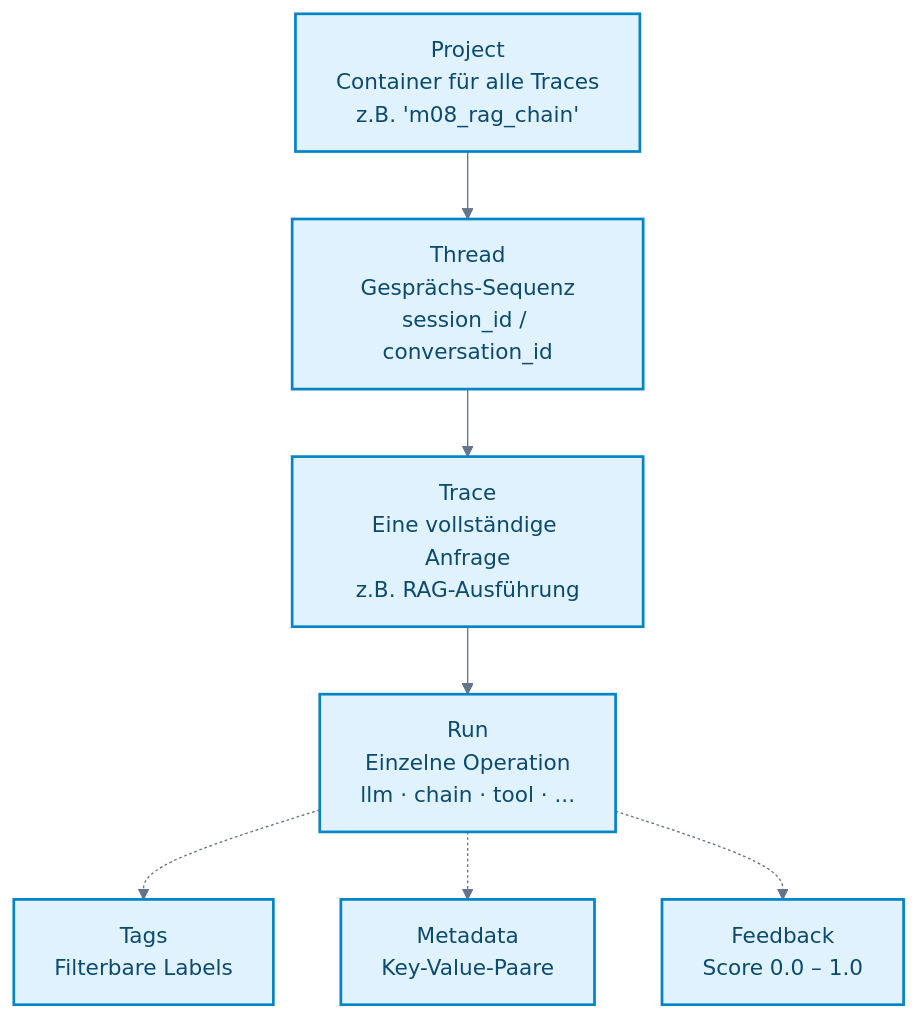
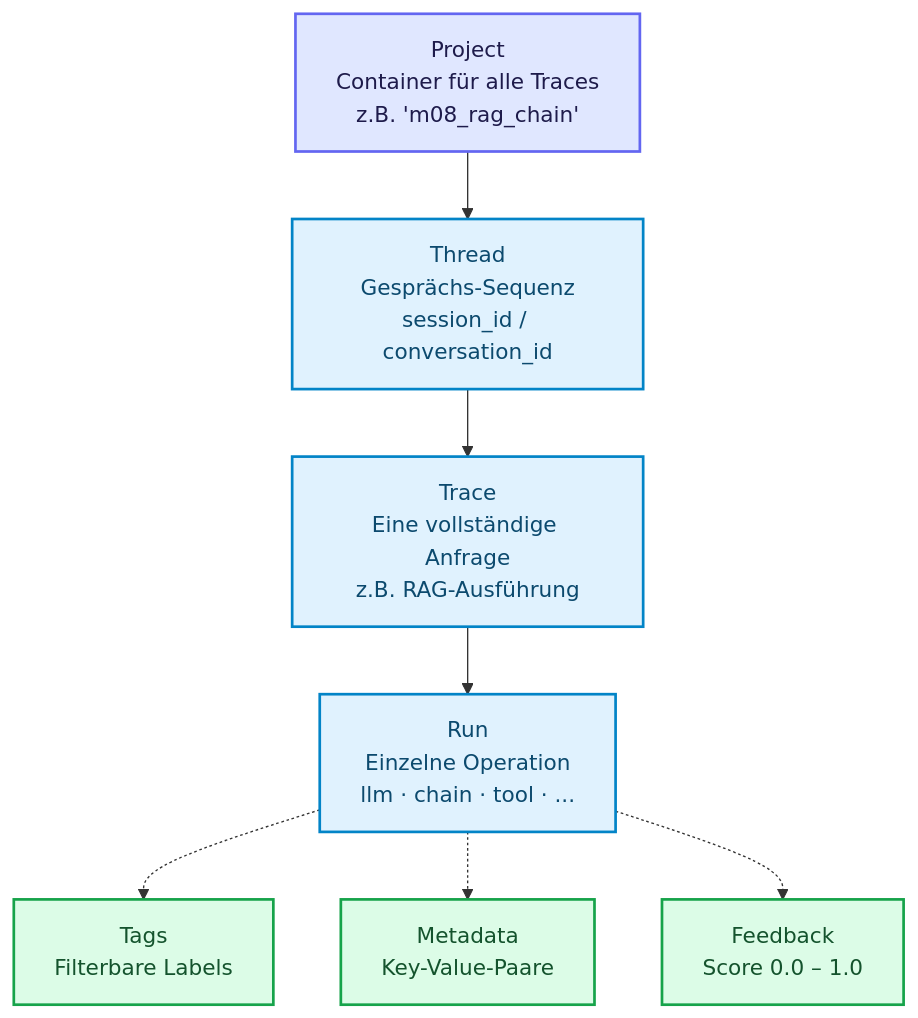
Before and after one commit to ralf-42/GenAI: the second of 5 diagrams in docs/06-frameworks/einsteiger-langsmith.md, drawn with Mermaid. The commit also changed other lines of this file and 50 other files, not shown here.

````diff
--- a/docs/06-frameworks/einsteiger-langsmith.md
+++ b/docs/06-frameworks/einsteiger-langsmith.md
@@ -176,37 +159,26 @@
 ```mermaid
----
-config:
-  theme: base
-  look: classic
-  themeVariables:
-    primaryColor: '#e0f2fe'
-    primaryBorderColor: '#0284c7'
-    primaryTextColor: '#1e293b'
-    lineColor: '#64748b'
-    clusterBkg: '#f8fafc'
-    clusterBorder: '#cbd5e1'
-    noteBkgColor: '#fef3c7'
-    noteBorderColor: '#d97706'
-    noteTextColor: '#78350f'
-    edgeLabelBackground: '#ffffff'
----
-
 flowchart TB
     PROJECT["Project<br>Container für alle Traces<br>z.B. 'm08_rag_chain'"]
     THREAD["Thread<br>Gesprächs-Sequenz<br>session_id / conversation_id"]
     TRACE["Trace<br>Eine vollständige Anfrage<br>z.B. RAG-Ausführung"]
     RUN["Run<br>Einzelne Operation<br>llm · chain · tool · ..."]
     TAGS["Tags<br>Filterbare Labels"]
     META["Metadata<br>Key-Value-Paare"]
     FEEDBACK["Feedback<br>Score 0.0 – 1.0"]
 
     PROJECT --> THREAD
     THREAD --> TRACE
     TRACE --> RUN
     RUN -.-> TAGS
     RUN -.-> META
     RUN -.-> FEEDBACK
 
 %% Funktionsfarben nach Mermaid_Best_Practices.md
-classDef default fill:#e0f2fe,stroke:#0284c7,stroke-width:2px,color:#0c4a6e;
+
+    classDef default fill:#e0f2fe,stroke:#0284c7,stroke-width:2px,color:#0c4a6e;
+    classDef input fill:#e0e7ff,stroke:#6366f1,stroke-width:2px,color:#1e1b4b;
+    classDef output fill:#dcfce7,stroke:#16a34a,stroke-width:2px,color:#14532d;
+
+    class PROJECT input;
+    class TAGS,META,FEEDBACK output;
 ```
````
